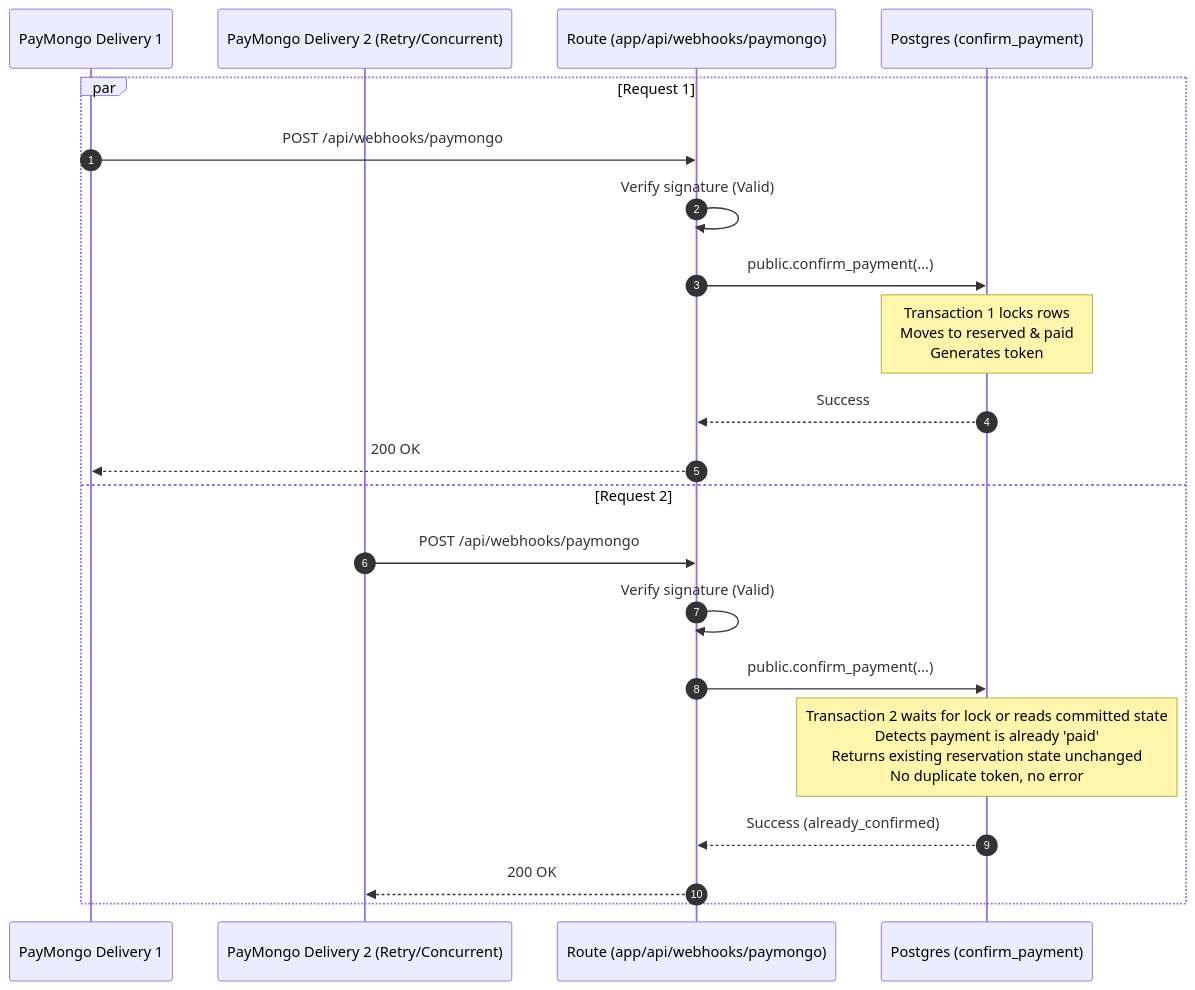
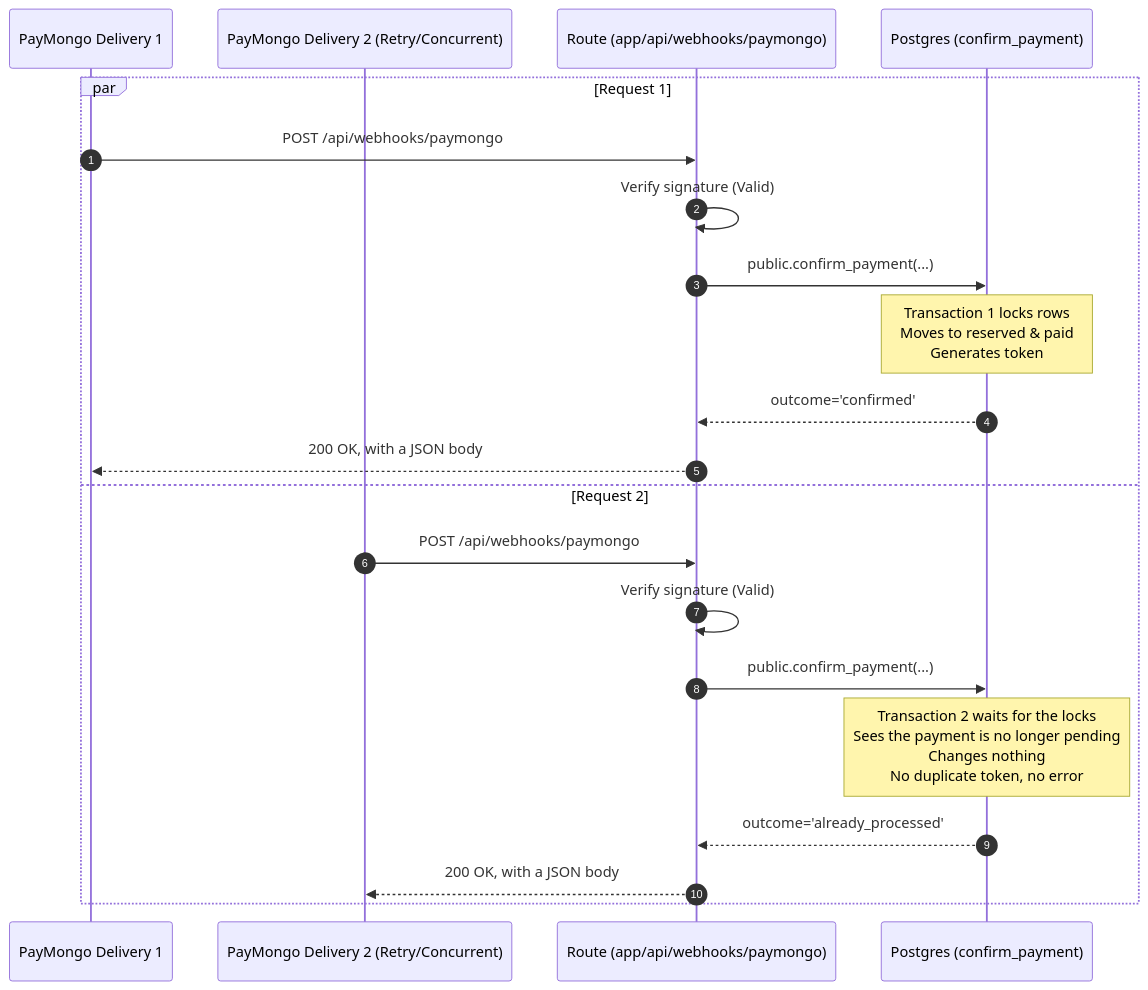
The third of 5 diagrams in docs/flows/sandbox-payment-confirmation.md (dreeyanzz/studyhub), drawn with Mermaid before and after one commit. The commit also changed other lines of this file and 3 other files, not shown here.

First line of the commit message:
docs(STORY-00): correct the payment flow's contract, route and diagrams

````diff
--- a/docs/flows/sandbox-payment-confirmation.md
+++ b/docs/flows/sandbox-payment-confirmation.md
@@ -164,24 +195,24 @@
 ```mermaid
 sequenceDiagram
     autonumber
     participant PM1 as PayMongo Delivery 1
     participant PM2 as PayMongo Delivery 2 (Retry/Concurrent)
     participant WH as Route (app/api/webhooks/paymongo)
     participant DB as Postgres (confirm_payment)
 
     par Request 1
         PM1->>WH: POST /api/webhooks/paymongo
         WH->>WH: Verify signature (Valid)
         WH->>DB: public.confirm_payment(...)
         Note over DB: Transaction 1 locks rows<br/>Moves to reserved & paid<br/>Generates token
-        DB-->>WH: Success
-        WH-->>PM1: 200 OK
+        DB-->>WH: outcome='confirmed'
+        WH-->>PM1: 200 OK, with a JSON body
     and Request 2
         PM2->>WH: POST /api/webhooks/paymongo
         WH->>WH: Verify signature (Valid)
         WH->>DB: public.confirm_payment(...)
-        Note over DB: Transaction 2 waits for lock or reads committed state<br/>Detects payment is already 'paid'<br/>Returns existing reservation state unchanged<br/>No duplicate token, no error
-        DB-->>WH: Success (already_confirmed)
-        WH-->>PM2: 200 OK
+        Note over DB: Transaction 2 waits for the locks<br/>Sees the payment is no longer pending<br/>Changes nothing<br/>No duplicate token, no error
+        DB-->>WH: outcome='already_processed'
+        WH-->>PM2: 200 OK, with a JSON body
     end
 ```
````
